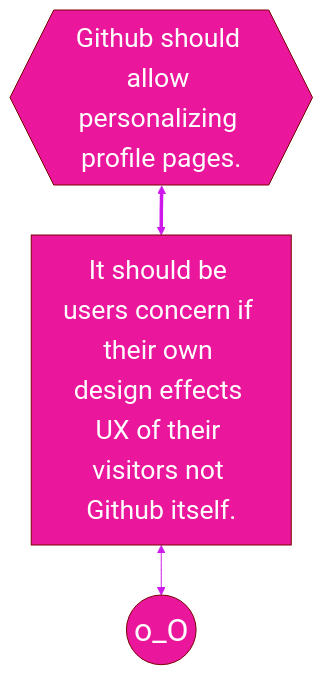
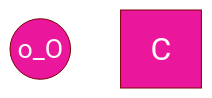
Before and after one commit to oceancholic/oceancholic: the diagram in README.md, drawn with Mermaid. The commit also changed other lines of this file, not shown here.

````diff
--- a/README.md
+++ b/README.md
@@ -2,23 +4,21 @@
 ```mermaid
 %%{
   init: {
     'theme': 'base',
     'themeVariables': {
       'primaryColor': '#ea179d',
       'primaryTextColor': '#fff',
       'primaryBorderColor': '#7C0000',
       'lineColor': '#ce17ea',
       'secondaryColor': '#006100',
       'tertiaryColor': '#fff',
       'fontSize':'20pt'
     }
   }
 }%%
 
 flowchart TD
-  A{{Github should allow personalizing profile pages.}}
-  B[It should be users concern if their own design effects UX of their visitors not Github itself.]
-  C(("o_O"))
-  A<==>B<-->C:::cClass
+  A(("o_O"))
+  C:::cClass
   classDef cClass font-size:24pt;
 ```
````
